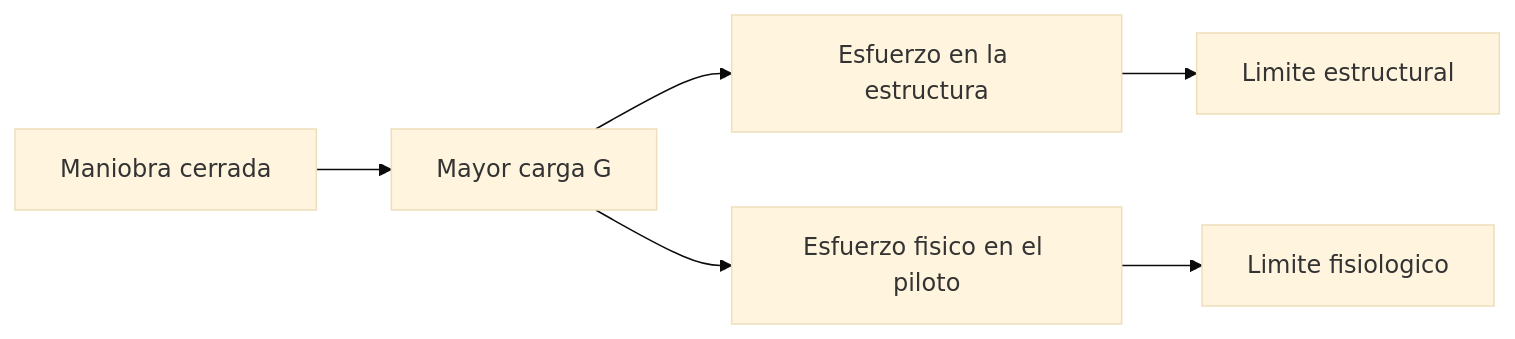
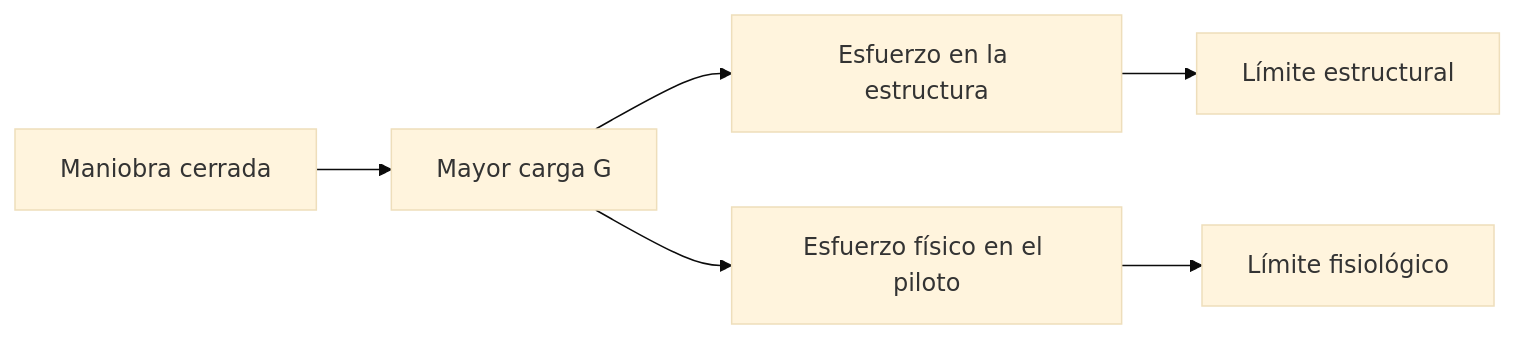
The diagram in vehiculos/aviones-combate/operacion/principios-avion-combate.md (vladimiracunadev-create/machine-operator-program), drawn with Mermaid (base theme) before and after one commit. The commit also changed other lines of this file and 442 other files, not shown here.

````diff
--- a/vehiculos/aviones-combate/operacion/principios-avion-combate.md
+++ b/vehiculos/aviones-combate/operacion/principios-avion-combate.md
@@ -19,8 +19,8 @@
 ```mermaid
 flowchart LR
     Maniobra[Maniobra cerrada] --> G[Mayor carga G]
     G --> Estructura[Esfuerzo en la estructura]
-    G --> Piloto[Esfuerzo fisico en el piloto]
-    Estructura --> Limite[Limite estructural]
-    Piloto --> Limite2[Limite fisiologico]
+    G --> Piloto[Esfuerzo físico en el piloto]
+    Estructura --> Limite[Límite estructural]
+    Piloto --> Limite2[Límite fisiológico]
 ```
````
